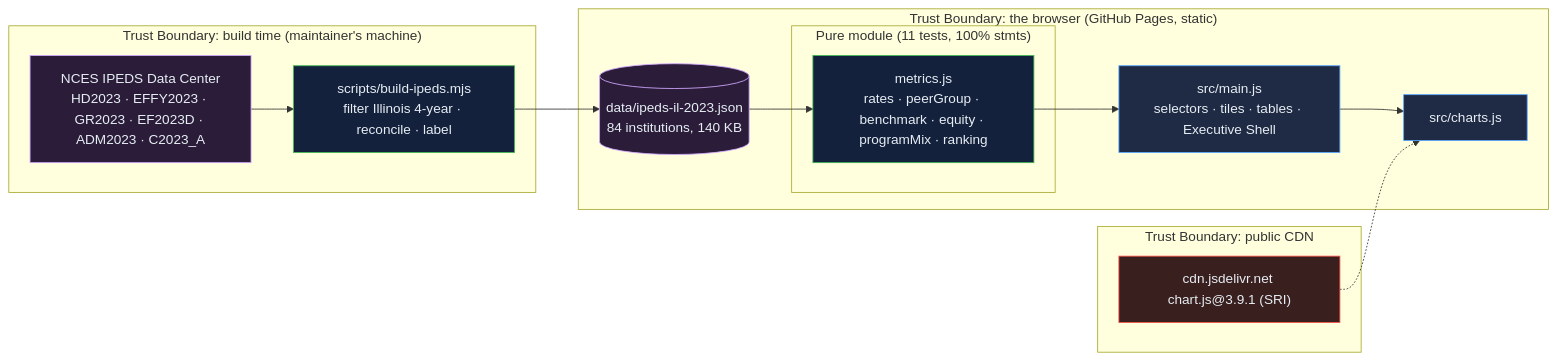
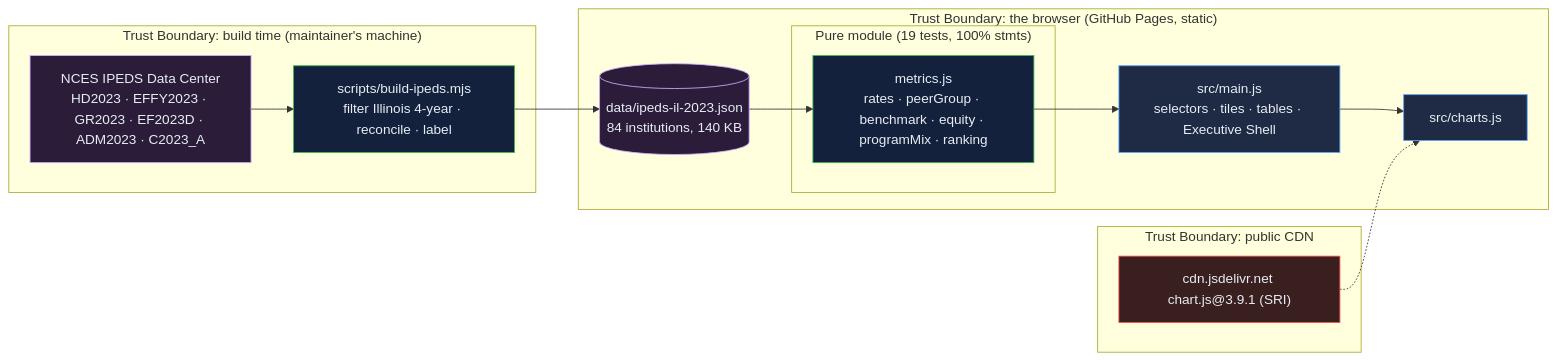
Before and after one commit to Freddricklogan/Education-Leadership-Dashboard: the diagram in README.md, drawn with Mermaid. The commit also changed 4 other files, not shown here.

````diff
--- a/README.md
+++ b/README.md
@@ -53,24 +53,24 @@
 ```mermaid
 flowchart LR
   subgraph TB0["Trust Boundary: build time (maintainer's machine)"]
     NCES["NCES IPEDS Data Center<br/>HD2023 · EFFY2023 · GR2023 · EF2023D · ADM2023 · C2023_A"]:::data
     BUILD["scripts/build-ipeds.mjs<br/>filter Illinois 4-year · reconcile · label"]:::service
   end
   subgraph TB1["Trust Boundary: the browser (GitHub Pages, static)"]
     JSON[("data/ipeds-il-2023.json<br/>84 institutions, 140 KB")]:::data
-    subgraph PURE["Pure module (11 tests, 100% stmts)"]
+    subgraph PURE["Pure module (19 tests, 100% stmts)"]
       M["metrics.js<br/>rates · peerGroup · benchmark · equity · programMix · ranking"]:::service
     end
     MAIN["src/main.js<br/>selectors · tiles · tables · Executive Shell"]:::client
     VIZ["src/charts.js"]:::client
   end
   subgraph TB2["Trust Boundary: public CDN"]
     CDN["cdn.jsdelivr.net chart.js@3.9.1 (SRI)"]:::security
   end
   NCES --> BUILD --> JSON --> M --> MAIN --> VIZ
   CDN -.-> VIZ
   classDef client fill:#1f2a44,stroke:#58A6FF,color:#e6edf3
   classDef service fill:#14213d,stroke:#3fb950,color:#e6edf3
   classDef data fill:#2b1d3a,stroke:#d2a8ff,color:#e6edf3
   classDef security fill:#3a1f1f,stroke:#f85149,color:#e6edf3
 ```
````
